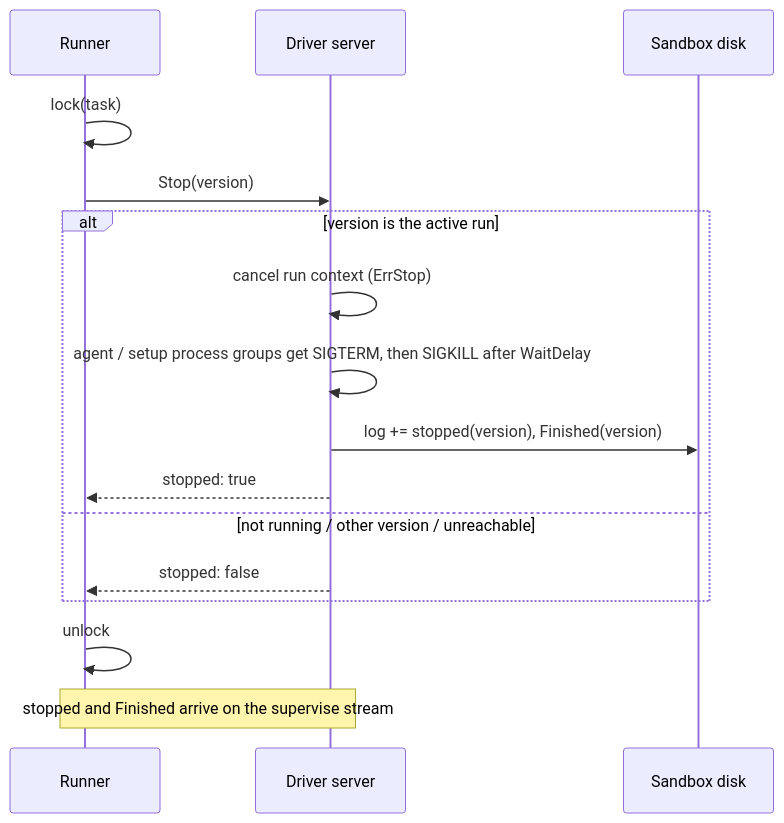
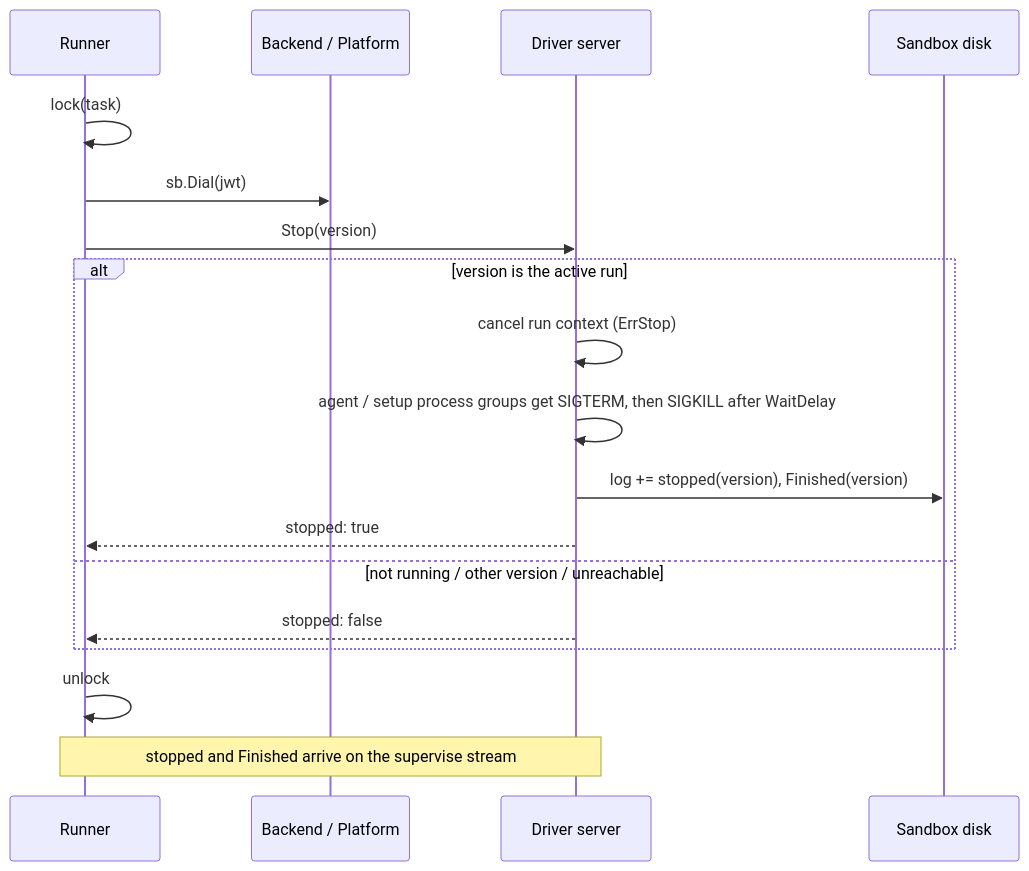
One commit to gritzapp/gritz changed the fifth of 6 diagrams in proposals/draft/driver-server.md. Above: the diagram before and after it, drawn with Mermaid. The commit also changed other lines of this file, not shown here.

Commit message:
docs(proposal): split Backend and Sandbox in the driver-server design

````diff
--- a/proposals/draft/driver-server.md
+++ b/proposals/draft/driver-server.md
@@ -677,19 +737,21 @@
 ```mermaid
 sequenceDiagram
     participant R as Runner
+    participant P as Backend / Platform
     participant D as Driver server
     participant F as Sandbox disk
 
     R->>R: lock(task)
+    R->>P: sb.Dial(jwt)
     R->>D: Stop(version)
     alt version is the active run
         D->>D: cancel run context (ErrStop)
         D->>D: agent / setup process groups get SIGTERM, then SIGKILL after WaitDelay
         D->>F: log += stopped(version), Finished(version)
         D-->>R: stopped: true
     else not running / other version / unreachable
         D-->>R: stopped: false
     end
     R->>R: unlock
     Note over R,D: stopped and Finished arrive on the supervise stream
 ```
````
